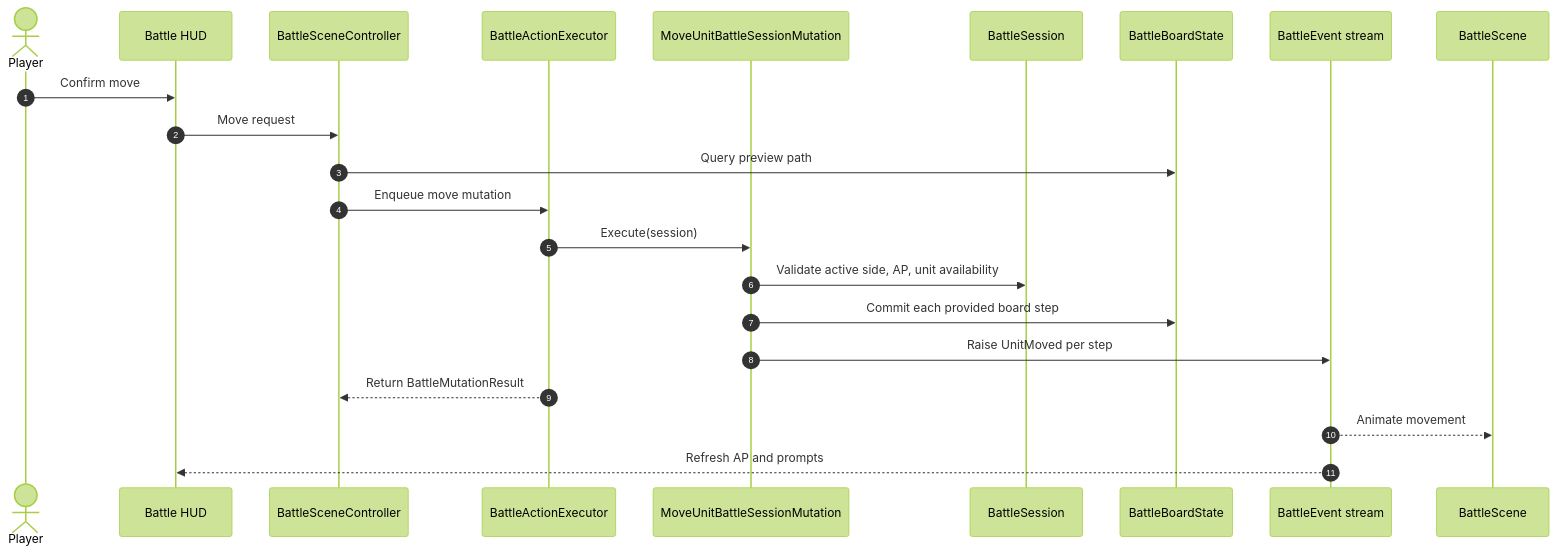
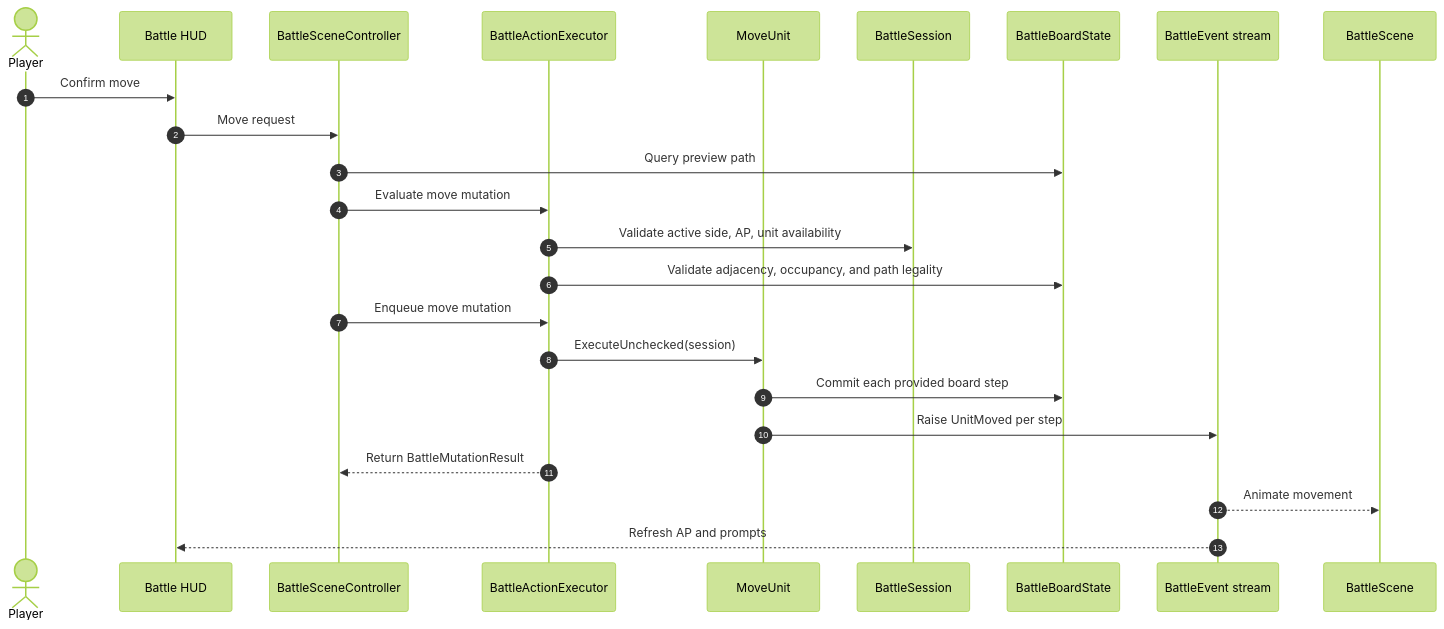
The second of 2 diagrams in docs/battlescape-architecture.md (smallp-o-p/fun-project), drawn with Mermaid (forest theme) before and after one commit. The commit also changed other lines of this file and 9 other files, not shown here.

````diff
--- a/docs/battlescape-architecture.md
+++ b/docs/battlescape-architecture.md
@@ -224,25 +225,27 @@
 ```mermaid
 sequenceDiagram
     autonumber
     actor Player
     participant HUD as Battle HUD
     participant Controller as BattleSceneController
     participant Exec as BattleActionExecutor
-    participant Mutation as MoveUnitBattleSessionMutation
+    participant Mutation as MoveUnit
     participant Session as BattleSession
     participant Board as BattleBoardState
     participant Event as BattleEvent stream
     participant View as BattleScene
 
     Player->>HUD: Confirm move
     HUD->>Controller: Move request
     Controller->>Board: Query preview path
+    Controller->>Exec: Evaluate move mutation
+    Exec->>Session: Validate active side, AP, unit availability
+    Exec->>Board: Validate adjacency, occupancy, and path legality
     Controller->>Exec: Enqueue move mutation
-    Exec->>Mutation: Execute(session)
-    Mutation->>Session: Validate active side, AP, unit availability
+    Exec->>Mutation: ExecuteUnchecked(session)
     Mutation->>Board: Commit each provided board step
     Mutation->>Event: Raise UnitMoved per step
     Exec-->>Controller: Return BattleMutationResult
     Event-->>View: Animate movement
     Event-->>HUD: Refresh AP and prompts
 ```
````
